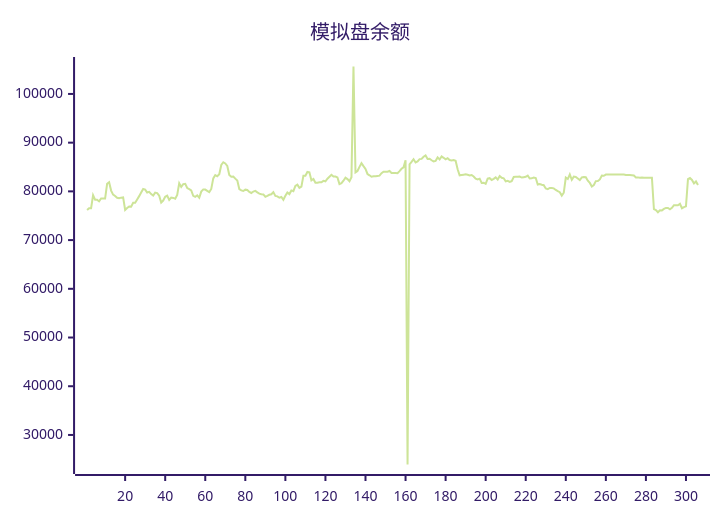
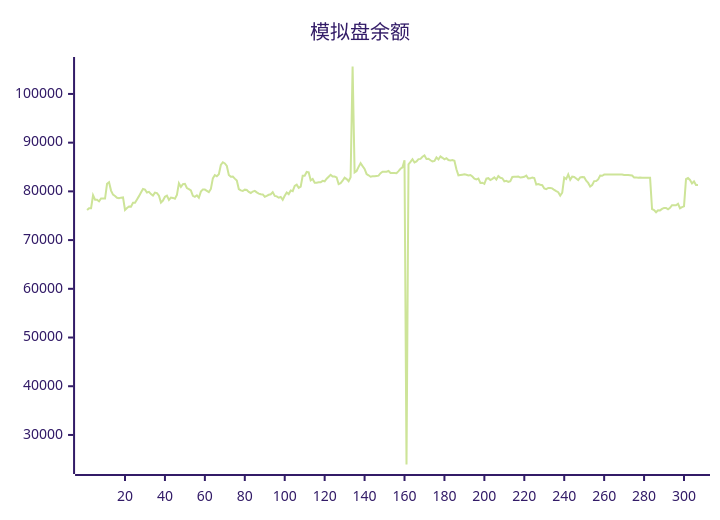
The diagram in README.md (aahl/ai-trading), drawn with Mermaid (forest theme) before and after one commit. The commit also changed other lines of this file and 1 other file, not shown here.

````diff
--- a/README.md
+++ b/README.md
@@ -5,5 +5,5 @@
 ```mermaid
 xychart
     title "模拟盘余额"
-    line [76179,76553,76551,79196,78300,78300,77944,78531,78531,78521,81564,81884,80160,79335,79055,78675,78580,78708,78764,76179,76586,76902,76876,77658,77669,78346,79023,79769,80497,80366,79761,79896,79448,79126,79749,79658,79097,77695,78114,78888,79126,78249,78738,78653,78478,79271,81680,80923,81488,81527,80681,80455,80190,79084,78879,79193,78686,79954,80403,80374,80118,79848,80491,82665,83351,83098,83525,85430,85983,85737,85221,83378,83014,83043,82613,82216,80477,80208,80081,80348,80277,79894,79670,79965,80093,79786,79542,79406,79371,78893,79087,79304,79406,79841,79072,78978,78696,78846,78272,79085,79787,79442,80198,80031,81120,81379,80718,80985,83214,83212,83993,83921,82270,82547,81776,81776,81866,81866,82158,82061,82596,83000,83408,83041,83050,82858,81503,81691,82188,82812,82517,82092,82901,105633,83898,84180,85030,85781,85178,84604,83569,83298,83008,83093,83107,83175,83228,83729,84025,84017,84019,84177,83775,83762,83785,83738,84160,84639,84939,86370,23934,85548,86046,86599,85942,86161,86622,86664,87115,87369,86666,86685,86384,86152,86243,86969,86548,87164,86885,86566,86809,86427,86348,86417,86273,84538,83299,83369,83430,83490,83404,83270,83362,83056,82605,82459,82614,81734,81788,81551,82598,82702,82320,82580,82878,82426,83139,82778,82686,82056,82166,81963,82110,82951,82983,82984,83038,82838,82915,82998,83235,82642,82682,82858,82746,81396,81512,81362,81277,80600,80461,80699,80673,80616,80288,80038,79836,79142,79722,82837,82533,83480,82366,83032,82960,82654,82330,82883,82934,82901,82188,81728,81005,81298,82110,82135,82449,83264,83203,83440,83439,83440,83440,83446,83447,83448,83447,83448,83449,83369,83369,83369,83313,83256,82872,82873,82801,82844,82785,82791,82791,82793,82794,76339,76145,75714,76110,76096,76397,76594,76585,76310,76607,77160,77170,77160,77456,76541,76774,76927,82520,82744,82337,81639,82040,81307]
+    line [76179,76553,76551,79196,78300,78300,77944,78531,78531,78521,81564,81884,80160,79335,79055,78675,78580,78708,78764,76179,76586,76902,76876,77658,77669,78346,79023,79769,80497,80366,79761,79896,79448,79126,79749,79658,79097,77695,78114,78888,79126,78249,78738,78653,78478,79271,81680,80923,81488,81527,80681,80455,80190,79084,78879,79193,78686,79954,80403,80374,80118,79848,80491,82665,83351,83098,83525,85430,85983,85737,85221,83378,83014,83043,82613,82216,80477,80208,80081,80348,80277,79894,79670,79965,80093,79786,79542,79406,79371,78893,79087,79304,79406,79841,79072,78978,78696,78846,78272,79085,79787,79442,80198,80031,81120,81379,80718,80985,83214,83212,83993,83921,82270,82547,81776,81776,81866,81866,82158,82061,82596,83000,83408,83041,83050,82858,81503,81691,82188,82812,82517,82092,82901,105633,83898,84180,85030,85781,85178,84604,83569,83298,83008,83093,83107,83175,83228,83729,84025,84017,84019,84177,83775,83762,83785,83738,84160,84639,84939,86370,23934,85548,86046,86599,85942,86161,86622,86664,87115,87369,86666,86685,86384,86152,86243,86969,86548,87164,86885,86566,86809,86427,86348,86417,86273,84538,83299,83369,83430,83490,83404,83270,83362,83056,82605,82459,82614,81734,81788,81551,82598,82702,82320,82580,82878,82426,83139,82778,82686,82056,82166,81963,82110,82951,82983,82984,83038,82838,82915,82998,83235,82642,82682,82858,82746,81396,81512,81362,81277,80600,80461,80699,80673,80616,80288,80038,79836,79142,79722,82837,82533,83480,82366,83032,82960,82654,82330,82883,82934,82901,82188,81728,81005,81298,82110,82135,82449,83264,83203,83440,83439,83440,83440,83446,83447,83448,83447,83448,83449,83369,83369,83369,83313,83256,82872,82873,82801,82844,82785,82791,82791,82793,82794,76339,76145,75714,76110,76096,76397,76594,76585,76310,76607,77160,77170,77160,77456,76541,76774,76927,82520,82744,82337,81639,82040,81307,81314]
 ```
````
